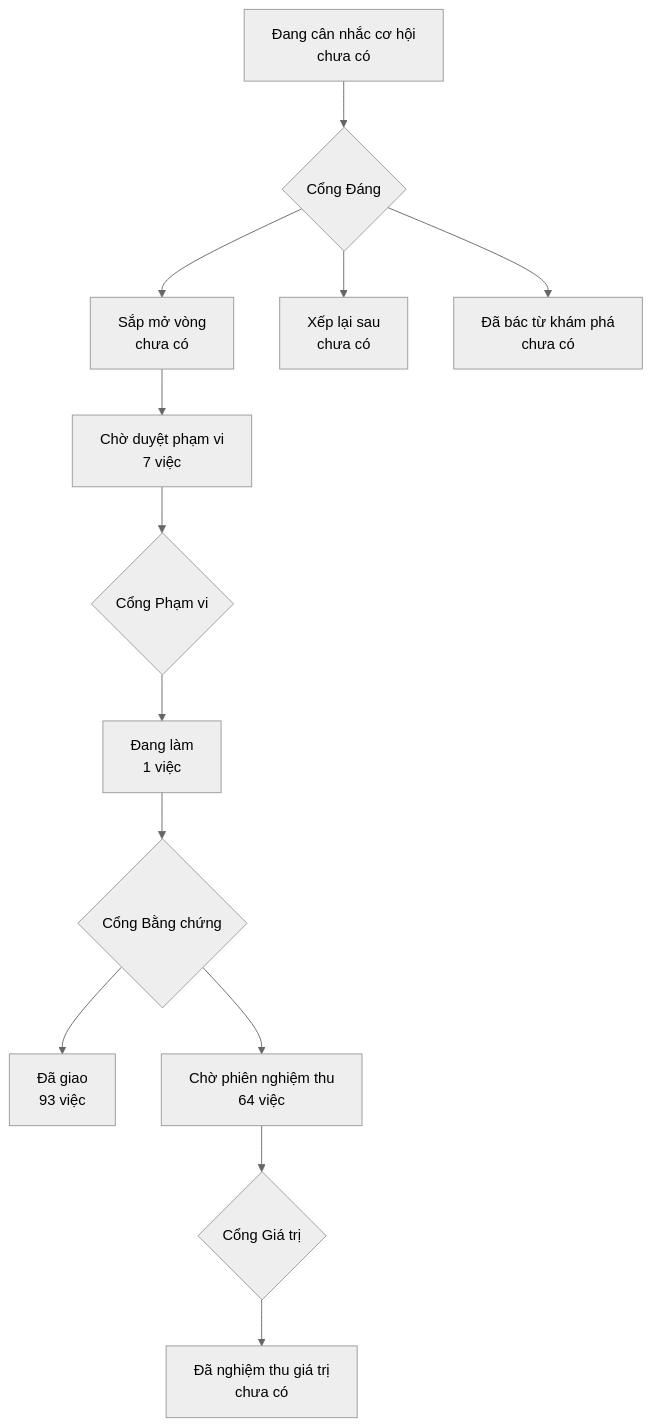
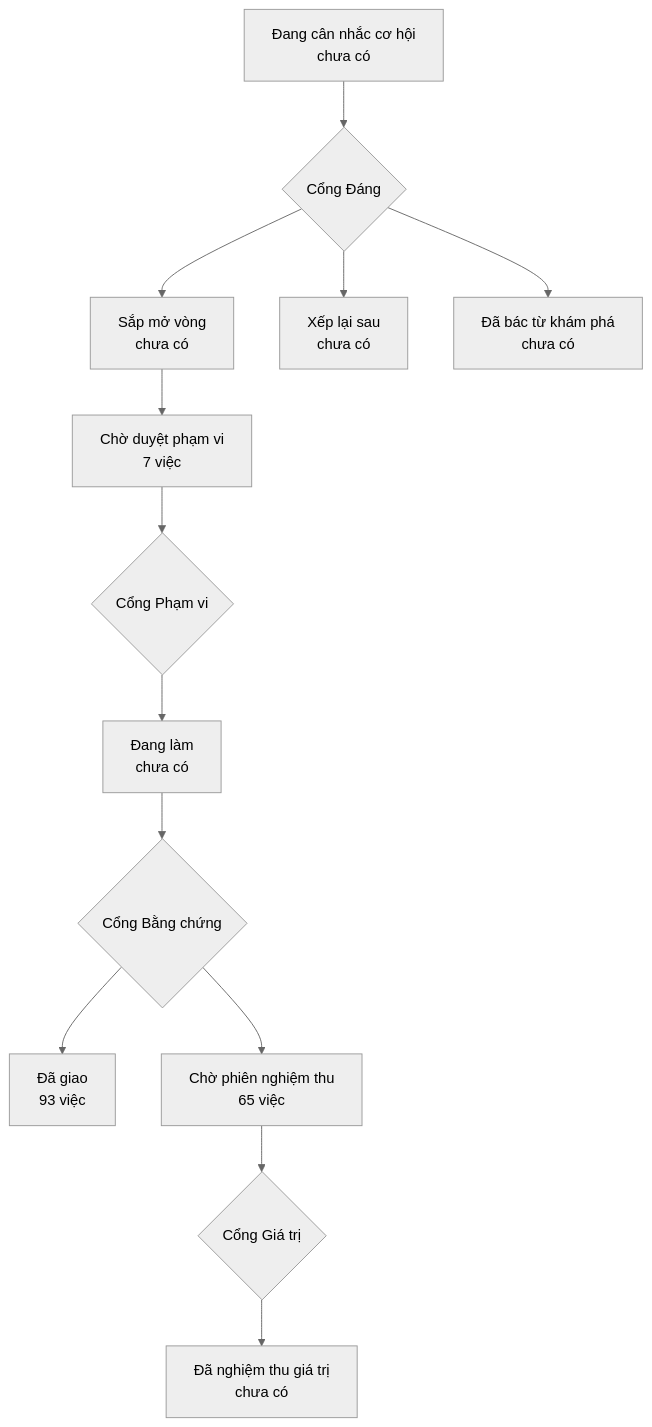
One commit to phanlemanh/onehub-invest changed the diagram in PRODUCT-MAP.md. Above: the diagram before and after it, drawn with Mermaid (neutral theme). The commit also changed other lines of this file and 4 other files, not shown here.

````diff
--- a/PRODUCT-MAP.md
+++ b/PRODUCT-MAP.md
@@ -7,12 +7,12 @@
 ```mermaid
 flowchart TD
   A["Đang cân nhắc cơ hội<br/>chưa có"] --> GD{"Cổng Đáng"}
   GD --> B["Sắp mở vòng<br/>chưa có"]
   GD --> XL["Xếp lại sau<br/>chưa có"]
   GD --> DB["Đã bác từ khám phá<br/>chưa có"]
   B --> CD["Chờ duyệt phạm vi<br/>7 việc"] --> GP{"Cổng Phạm vi"}
-  GP --> DL["Đang làm<br/>1 việc"] --> GB{"Cổng Bằng chứng"}
+  GP --> DL["Đang làm<br/>chưa có"] --> GB{"Cổng Bằng chứng"}
   GB --> DG["Đã giao<br/>93 việc"]
-  GB --> CN["Chờ phiên nghiệm thu<br/>64 việc"] --> GG{"Cổng Giá trị"}
+  GB --> CN["Chờ phiên nghiệm thu<br/>65 việc"] --> GG{"Cổng Giá trị"}
   GG --> NT["Đã nghiệm thu giá trị<br/>chưa có"]
 ```
````
